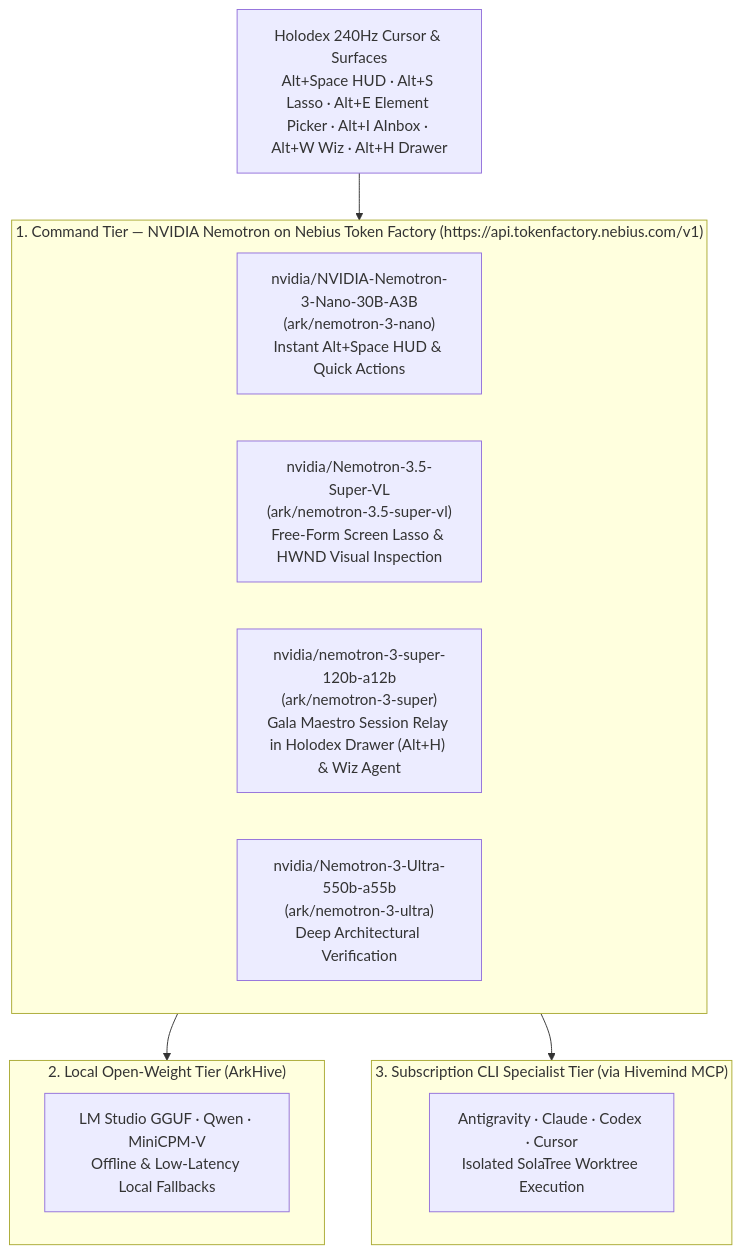
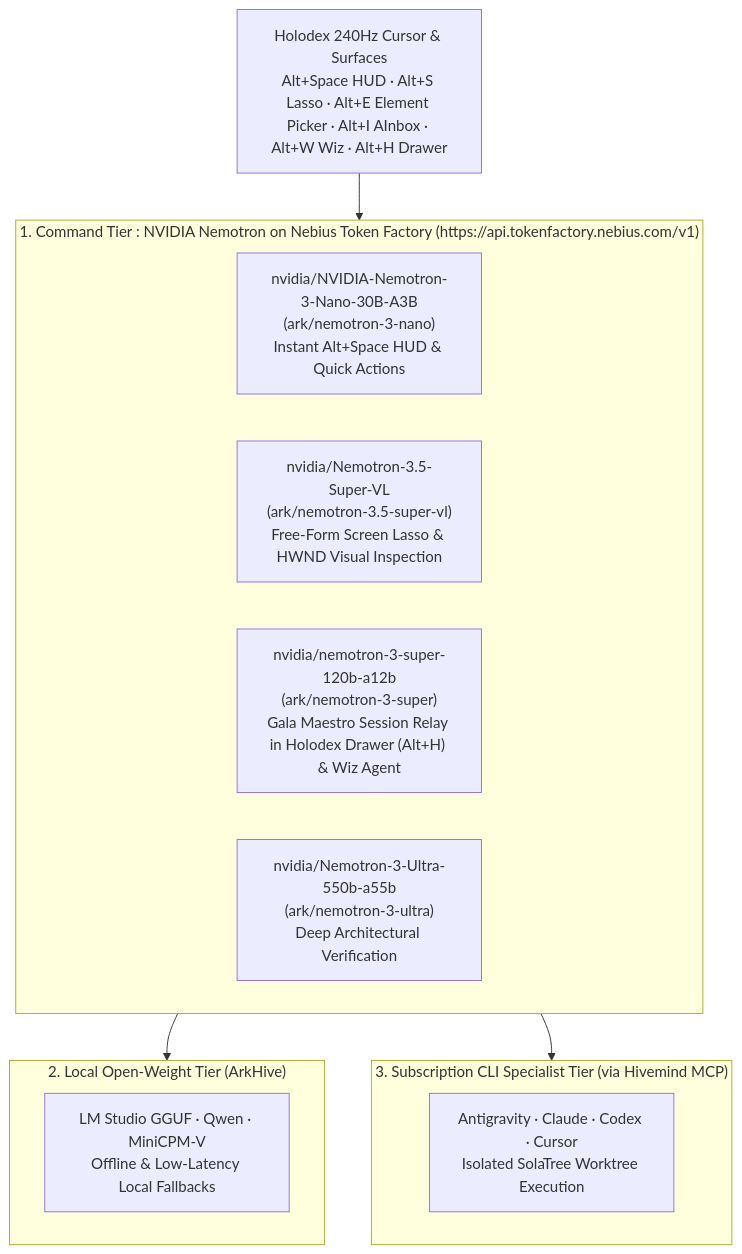
One commit to GalaAI/holodex changed the diagram in README.md. Above: the diagram before and after it, drawn with Mermaid. The commit also changed other lines of this file, not shown here.

````diff
--- a/README.md
+++ b/README.md
@@ -50,23 +50,23 @@
 ```mermaid
 flowchart TD
     Cursor["Holodex 240Hz Cursor & Surfaces\nAlt+Space HUD · Alt+S Lasso · Alt+E Element Picker · Alt+I AInbox · Alt+W Wiz · Alt+H Drawer"]
 
-    subgraph Tier1["1. Command Tier — NVIDIA Nemotron on Nebius Token Factory (https://api.tokenfactory.nebius.com/v1)"]
+    subgraph Tier1["1. Command Tier : NVIDIA Nemotron on Nebius Token Factory (https://api.tokenfactory.nebius.com/v1)"]
         Nano["nvidia/NVIDIA-Nemotron-3-Nano-30B-A3B\n(ark/nemotron-3-nano)\nInstant Alt+Space HUD & Quick Actions"]
         SuperVL["nvidia/Nemotron-3.5-Super-VL\n(ark/nemotron-3.5-super-vl)\nFree-Form Screen Lasso & HWND Visual Inspection"]
         Super120B["nvidia/nemotron-3-super-120b-a12b\n(ark/nemotron-3-super)\nGala Maestro Session Relay in Holodex Drawer (Alt+H) & Wiz Agent"]
         Ultra550B["nvidia/Nemotron-3-Ultra-550b-a55b\n(ark/nemotron-3-ultra)\nDeep Architectural Verification"]
     end
 
     subgraph Tier2["2. Local Open-Weight Tier (ArkHive)"]
         LocalModels["LM Studio GGUF · Qwen · MiniCPM-V\nOffline & Low-Latency Local Fallbacks"]
     end
 
     subgraph Tier3["3. Subscription CLI Specialist Tier (via Hivemind MCP)"]
         CliModels["Antigravity · Claude · Codex · Cursor\nIsolated SolaTree Worktree Execution"]
     end
 
     Cursor --> Tier1
     Tier1 --> Tier2
     Tier1 --> Tier3
 ```
````
